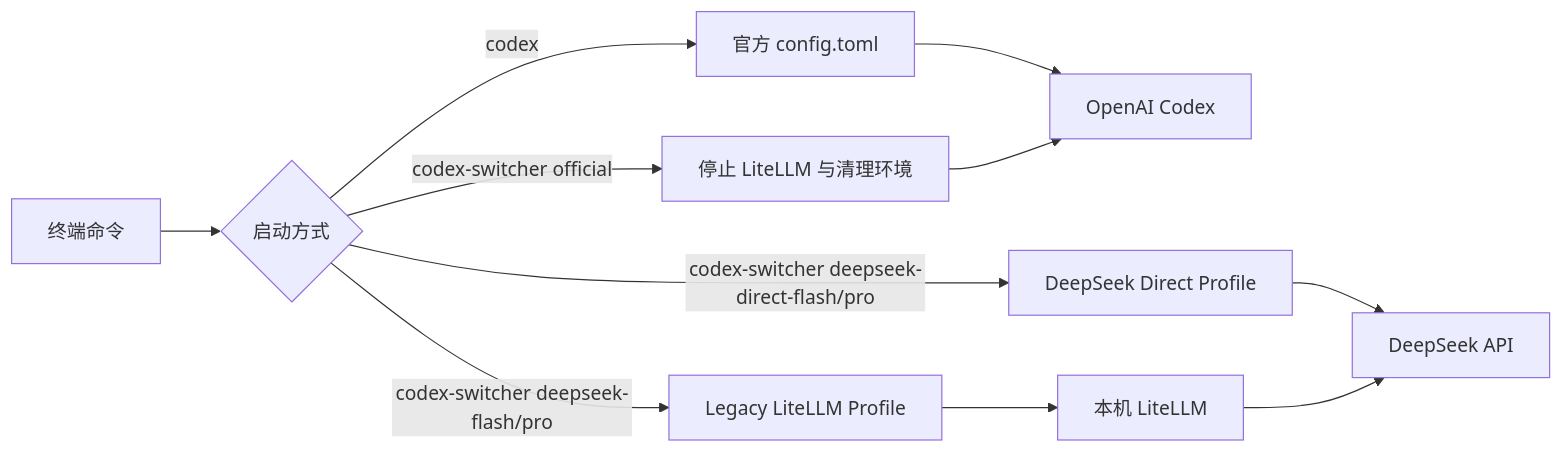
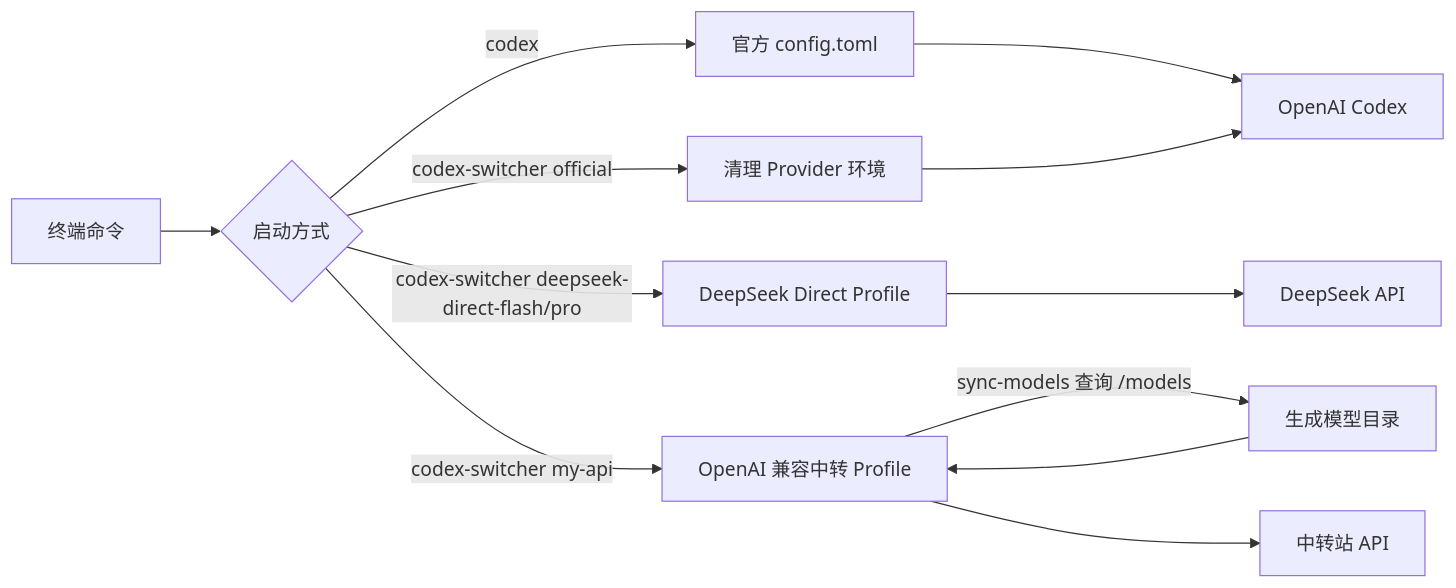
Before and after one commit to luoxihao/codex-switcher: the diagram in README.md, drawn with Mermaid. The commit also changed other lines of this file and 3 other files, not shown here.

First line of the commit message:
feat: 新增 sync-models 自动配置中转站模型，移除 LiteLLM 与旧桥接 Profile

````diff
--- a/README.md
+++ b/README.md
@@ -120,13 +125,14 @@
 ```mermaid
 flowchart LR
     A[终端命令] --> B{启动方式}
     B -->|codex| C[官方 config.toml]
     C --> D[OpenAI Codex]
     B -->|codex-switcher deepseek-direct-flash/pro| E[DeepSeek Direct Profile]
     E --> H[DeepSeek API]
-    B -->|codex-switcher deepseek-flash/pro| F[Legacy LiteLLM Profile]
-    F --> G[本机 LiteLLM]
-    G --> H
-    B -->|codex-switcher official| I[停止 LiteLLM 与清理环境]
+    B -->|codex-switcher my-api| F[OpenAI 兼容中转 Profile]
+    F -->|sync-models 查询 /models| G[生成模型目录]
+    G --> F
+    F --> H2[中转站 API]
+    B -->|codex-switcher official| I[清理 Provider 环境]
     I --> D
 ```
````
